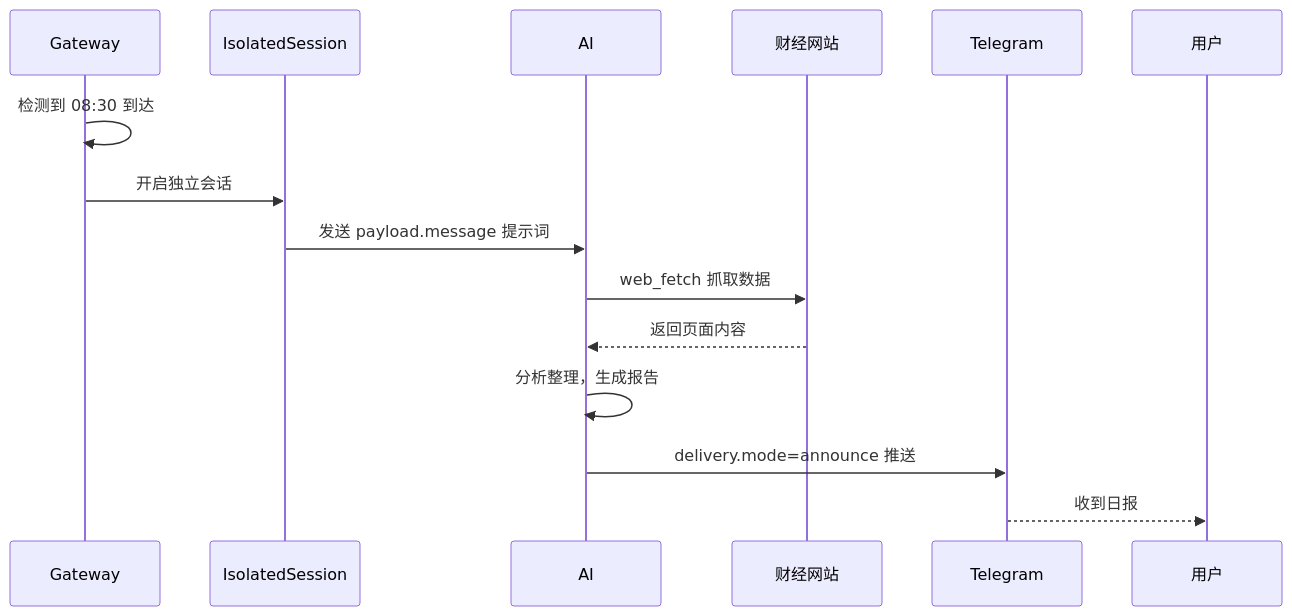
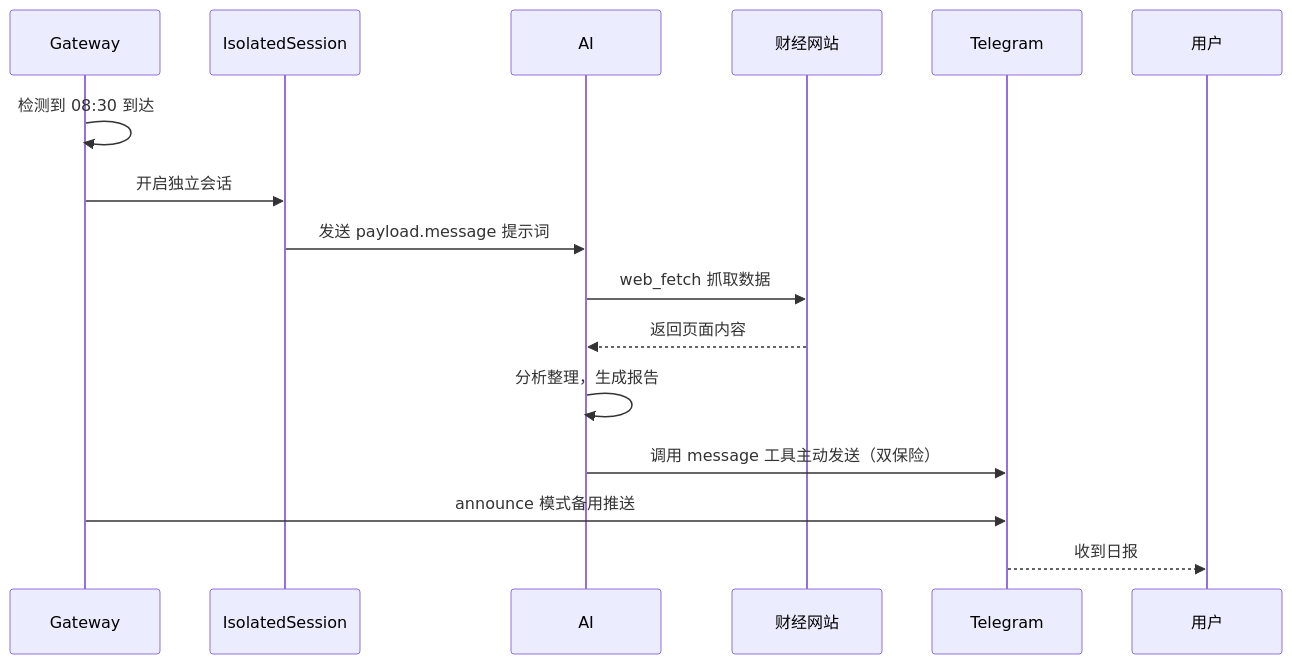
Before and after one commit to ildream/learnAI: the fourth of 4 diagrams in docs/tools/astock-daily.md, drawn with Mermaid. The commit also changed other lines of this file, not shown here.

````diff
--- a/docs/tools/astock-daily.md
+++ b/docs/tools/astock-daily.md
@@ -309,17 +319,18 @@
 ```mermaid
 sequenceDiagram
     participant Gateway
     participant IsolatedSession
     participant AI
     participant 财经网站
     participant Telegram
 
     Gateway->>Gateway: 检测到 08:30 到达
     Gateway->>IsolatedSession: 开启独立会话
     IsolatedSession->>AI: 发送 payload.message 提示词
     AI->>财经网站: web_fetch 抓取数据
     财经网站-->>AI: 返回页面内容
     AI->>AI: 分析整理，生成报告
-    AI->>Telegram: delivery.mode=announce 推送
+    AI->>Telegram: 调用 message 工具主动发送（双保险）
+    Gateway->>Telegram: announce 模式备用推送
     Telegram-->>用户: 收到日报
 ```
````
